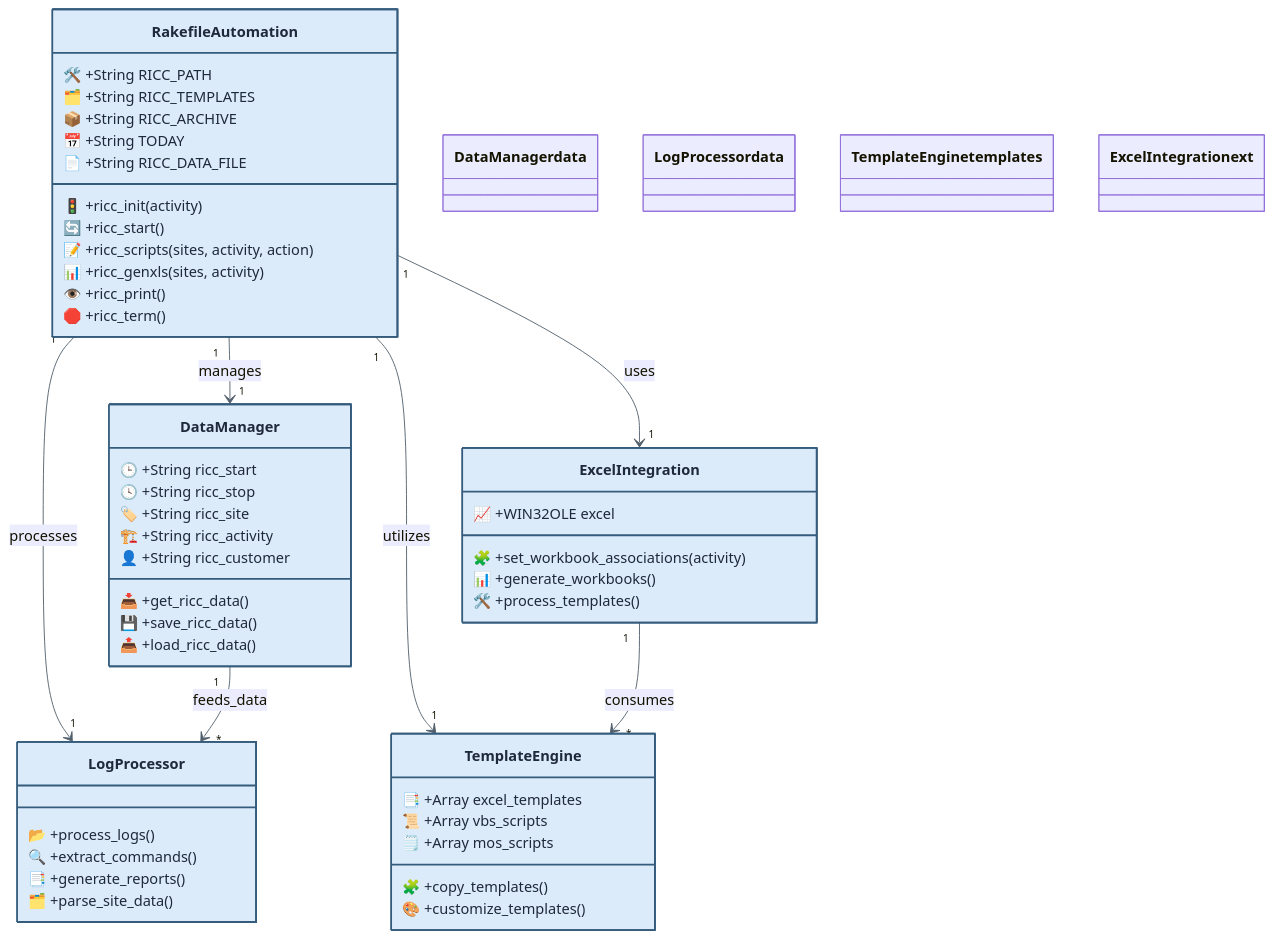
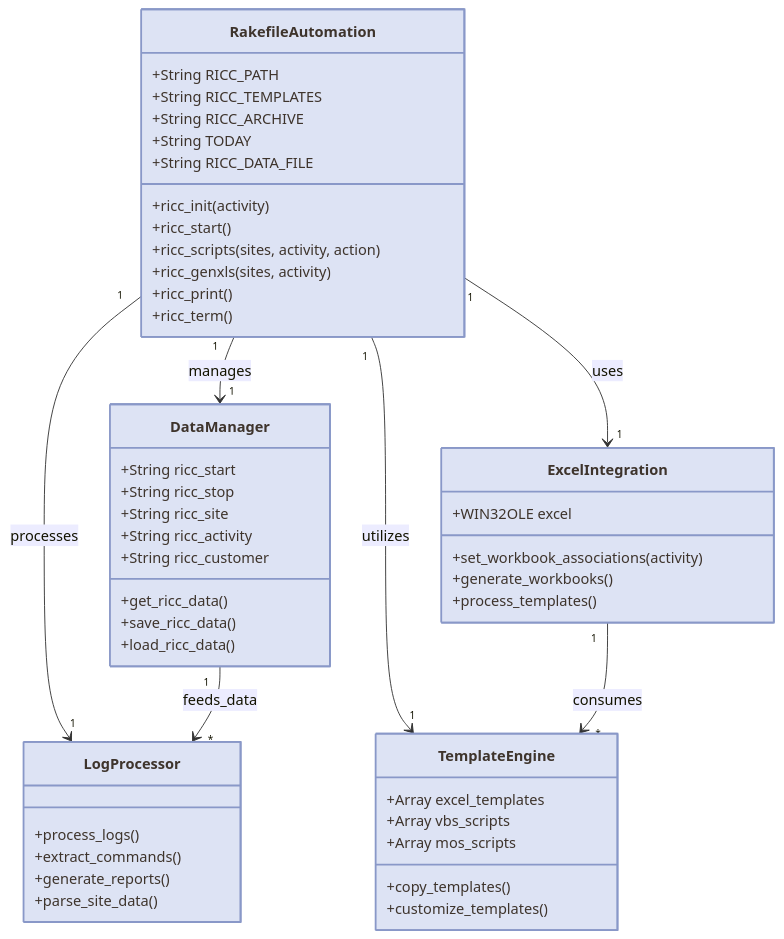
One commit to enogrob/project-automation-mop changed the second of 4 diagrams in README.md. Above: the diagram before and after it, drawn with Mermaid. The commit also changed other lines of this file, not shown here.

````diff
--- a/README.md
+++ b/README.md
@@ -118,66 +112,58 @@
 ```mermaid
-%%{init: { 'themeVariables': { 'primaryColor': '#DCEBFA', 'primaryBorderColor': '#355C7D', 'primaryTextColor': '#1E293B', 'lineColor': '#52606D', 'fontSize': '16px' } } }%%
 classDiagram
     class RakefileAutomation {
-        🛠️ +String RICC_PATH
-        🗂️ +String RICC_TEMPLATES
-        📦 +String RICC_ARCHIVE
-        📅 +String TODAY
-        📄 +String RICC_DATA_FILE
-        🚦 +ricc_init(activity)
-        🔄 +ricc_start()
-        📝 +ricc_scripts(sites, activity, action)
-        📊 +ricc_genxls(sites, activity)
-        👁️ +ricc_print()
-        🛑 +ricc_term()
+        +String RICC_PATH
+        +String RICC_TEMPLATES
+        +String RICC_ARCHIVE
+        +String TODAY
+        +String RICC_DATA_FILE
+        +ricc_init(activity)
+        +ricc_start()
+        +ricc_scripts(sites, activity, action)
+        +ricc_genxls(sites, activity)
+        +ricc_print()
+        +ricc_term()
     }
     
     class DataManager {
-        🕒 +String ricc_start
-        🕓 +String ricc_stop
-        🏷️ +String ricc_site
-        🏗️ +String ricc_activity
-        👤 +String ricc_customer
-        📥 +get_ricc_data()
-        💾 +save_ricc_data()
-        📤 +load_ricc_data()
+        +String ricc_start
+        +String ricc_stop
+        +String ricc_site
+        +String ricc_activity
+        +String ricc_customer
+        +get_ricc_data()
+        +save_ricc_data()
+        +load_ricc_data()
     }
     
     class ExcelIntegration {
-        📈 +WIN32OLE excel
-        🧩 +set_workbook_associations(activity)
-        📊 +generate_workbooks()
-        🛠️ +process_templates()
+        +WIN32OLE excel
+        +set_workbook_associations(activity)
+        +generate_workbooks()
+        +process_templates()
     }
     
     class LogProcessor {
-        📂 +process_logs()
-        🔍 +extract_commands()
-        📑 +generate_reports()
-        🗂️ +parse_site_data()
+        +process_logs()
+        +extract_commands()
+        +generate_reports()
+        +parse_site_data()
     }
     
     class TemplateEngine {
-        📑 +Array excel_templates
-        📜 +Array vbs_scripts
-        🗒️ +Array mos_scripts
-        🧩 +copy_templates()
-        🎨 +customize_templates()
+        +Array excel_templates
+        +Array vbs_scripts
+        +Array mos_scripts
+        +copy_templates()
+        +customize_templates()
     }
     
     RakefileAutomation "1" --> "1" DataManager : manages
     RakefileAutomation "1" --> "1" ExcelIntegration : uses
     RakefileAutomation "1" --> "1" LogProcessor : processes
     RakefileAutomation "1" --> "1" TemplateEngine : utilizes
     DataManager "1" --> "*" LogProcessor : feeds_data
     ExcelIntegration "1" --> "*" TemplateEngine : consumes
     
-    classDef default fill:#DCEBFA,stroke:#355C7D,stroke-width:2px,color:#1E293B
-    classDef data fill:#DDF2E1,stroke:#3F6B4F,stroke-width:2px,color:#1E3324
-    classDef templates fill:#DDF2E1,stroke:#3F6B4F,stroke-width:2px,color:#1E3324
-    classDef ext fill:#FBE4F0,stroke:#8E496D,stroke-width:2px,color:#3F2434
-    class DataManager data
-    class LogProcessor data
-    class TemplateEngine templates
-    class ExcelIntegration ext
+    classDef default fill:#DDE3F4,stroke:#8998C8,color:#3E342C,stroke-width:2px
 ```
````
